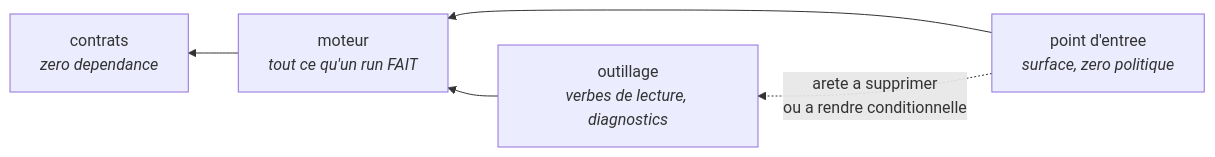
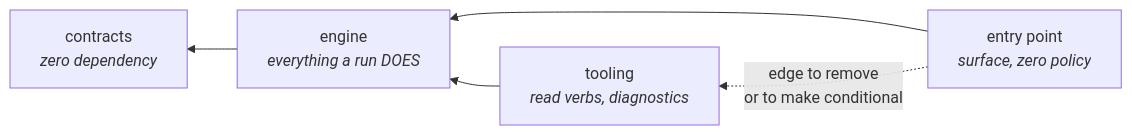
The second of 3 diagrams in skills/concevoir-avant-coder/SKILL.md (MasterLaplace/LplCraftSkills), drawn with Mermaid before and after one commit. The commit also changed other lines of this file and 16 other files, not shown here.

First line of the commit message:
docs: Mermaid diagram text moves to English, the prose stays French

````diff
--- a/skills/concevoir-avant-coder/SKILL.md
+++ b/skills/concevoir-avant-coder/SKILL.md
@@ -297,11 +297,11 @@
 ```mermaid
 flowchart RL
-  CT["contrats<br/><i>zero dependance</i>"]
-  CORE["moteur<br/><i>tout ce qu'un run FAIT</i>"]
-  CLI["point d'entree<br/><i>surface, zero politique</i>"]
-  DEV["outillage<br/><i>verbes de lecture, diagnostics</i>"]
+  CT["contracts<br/><i>zero dependency</i>"]
+  CORE["engine<br/><i>everything a run DOES</i>"]
+  CLI["entry point<br/><i>surface, zero policy</i>"]
+  DEV["tooling<br/><i>read verbs, diagnostics</i>"]
   CORE --> CT
   CLI --> CORE
   DEV --> CORE
-  CLI -.->|"arete a supprimer<br/>ou a rendre conditionnelle"| DEV
+  CLI -.->|"edge to remove<br/>or to make conditional"| DEV
 ```
````
